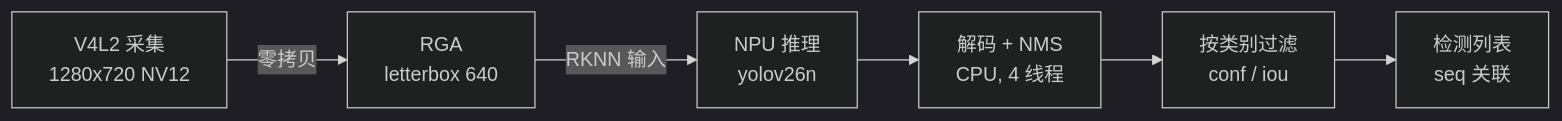
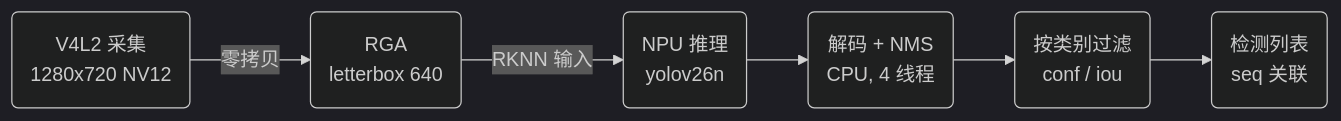
The third of 8 diagrams in README.md (qianruo-orange/autonomous-driving-car), drawn with Mermaid (dark theme) before and after one commit. The commit also changed other lines of this file, not shown here.

Commit message:
docs: horizontal mermaid layout with rounded nodes

````diff
--- a/README.md
+++ b/README.md
@@ -133,8 +133,8 @@
 ```mermaid
 flowchart LR
-    A[V4L2 采集<br/>1280x720 NV12] -->|零拷贝| B[RGA<br/>letterbox 640]
-    B -->|RKNN 输入| C[NPU 推理<br/>yolov26n]
-    C --> D[解码 + NMS<br/>CPU, 4 线程]
-    D --> E[按类别过滤<br/>conf / iou]
-    E --> F[检测列表<br/>seq 关联]
+    A(V4L2 采集<br/>1280x720 NV12) -->|零拷贝| B(RGA<br/>letterbox 640)
+    B -->|RKNN 输入| C(NPU 推理<br/>yolov26n)
+    C --> D(解码 + NMS<br/>CPU, 4 线程)
+    D --> E(按类别过滤<br/>conf / iou)
+    E --> F(检测列表<br/>seq 关联)
 ```
````
